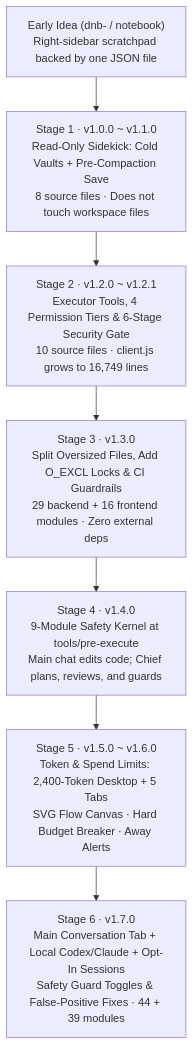
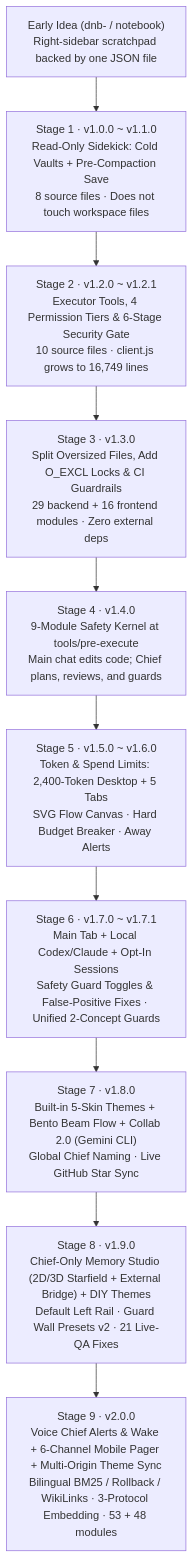
Before and after one commit to gluztm/dsh-chief: the first of 2 diagrams in EVOLUTION.en.md, drawn with Mermaid. The commit also changed other lines of this file and 4 other files, not shown here.

Commit message:
docs: refresh README, evolution & architecture for v2.0.0

````diff
--- a/EVOLUTION.en.md
+++ b/EVOLUTION.en.md
@@ -23,12 +23,15 @@
 ```mermaid
 flowchart TD
   S0["Early Idea (dnb- / notebook)\nRight-sidebar scratchpad backed by one JSON file"]
   S1["Stage 1 · v1.0.0 ~ v1.1.0\nRead-Only Sidekick: Cold Vaults + Pre-Compaction Save\n8 source files · Does not touch workspace files"]
   S2["Stage 2 · v1.2.0 ~ v1.2.1\nExecutor Tools, 4 Permission Tiers & 6-Stage Security Gate\n10 source files · client.js grows to 16,749 lines"]
   S3["Stage 3 · v1.3.0\nSplit Oversized Files, Add O_EXCL Locks & CI Guardrails\n29 backend + 16 frontend modules · Zero external deps"]
   S4["Stage 4 · v1.4.0\n9-Module Safety Kernel at tools/pre-execute\nMain chat edits code; Chief plans, reviews, and guards"]
   S5["Stage 5 · v1.5.0 ~ v1.6.0\nToken & Spend Limits: 2,400-Token Desktop + 5 Tabs\nSVG Flow Canvas · Hard Budget Breaker · Away Alerts"]
-  S6["Stage 6 · v1.7.0\nMain Conversation Tab + Local Codex/Claude + Opt-In Sessions\nSafety Guard Toggles & False-Positive Fixes · 44 + 39 modules"]
+  S6["Stage 6 · v1.7.0 ~ v1.7.1\nMain Tab + Local Codex/Claude + Opt-In Sessions\nSafety Guard Toggles & False-Positive Fixes · Unified 2-Concept Guards"]
+  S7["Stage 7 · v1.8.0\nBuilt-in 5-Skin Themes + Bento Beam Flow + Collab 2.0 (Gemini CLI)\nGlobal Chief Naming · Live GitHub Star Sync"]
+  S8["Stage 8 · v1.9.0\nChief-Only Memory Studio (2D/3D Starfield + External Bridge) + DIY Themes\nDefault Left Rail · Guard Wall Presets v2 · 21 Live-QA Fixes"]
+  S9["Stage 9 · v2.0.0\nVoice Chief Alerts & Wake + 6-Channel Mobile Pager + Multi-Origin Theme Sync\nBilingual BM25 / Rollback / WikiLinks · 3-Protocol Embedding · 53 + 48 modules"]
 
-  S0 --> S1 --> S2 --> S3 --> S4 --> S5 --> S6
+  S0 --> S1 --> S2 --> S3 --> S4 --> S5 --> S6 --> S7 --> S8 --> S9
 ```
````
